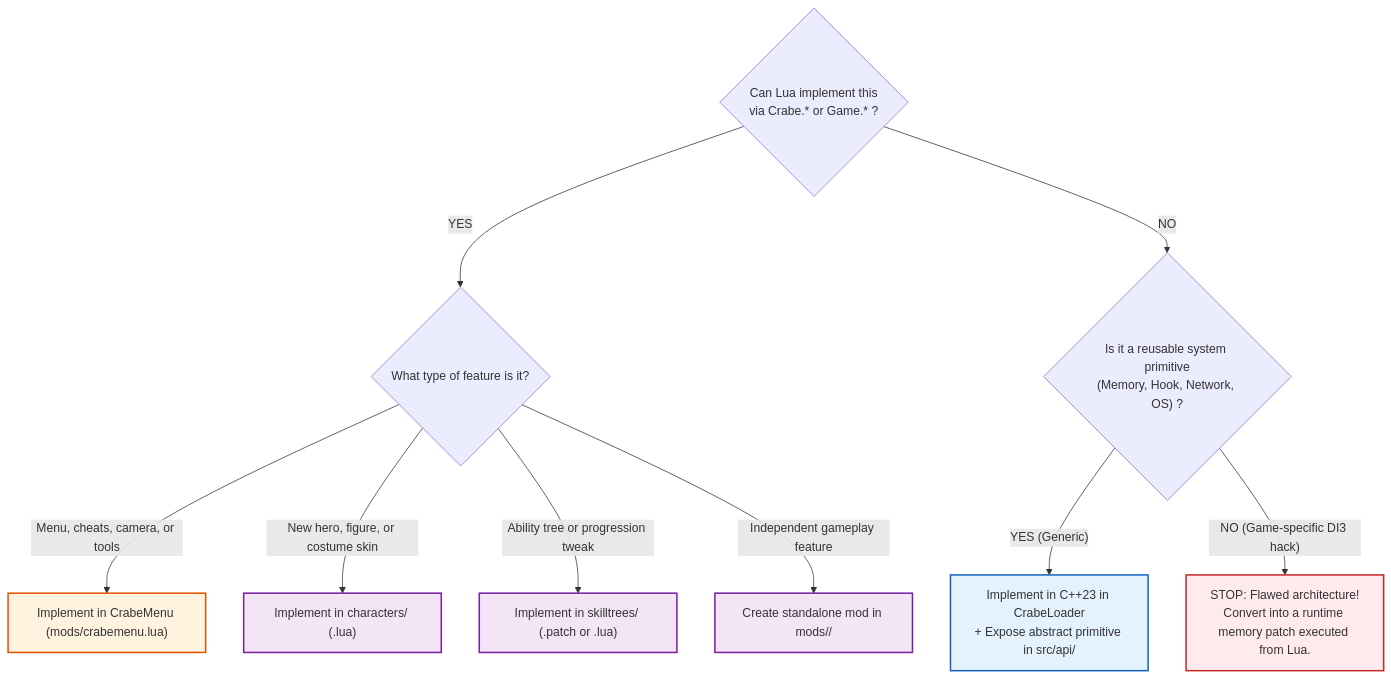
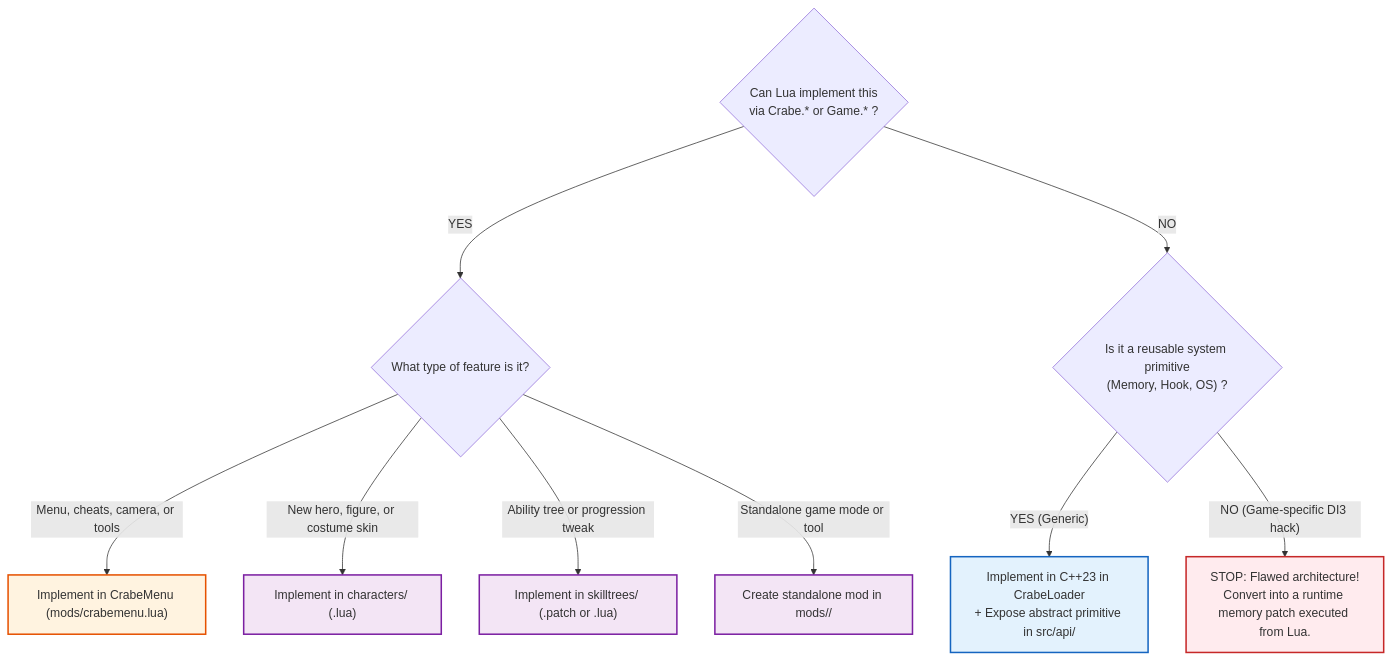
One commit to LucasLhomme/CrabeLoader changed the second of 2 diagrams in docs/ARCHITECTURE_BLUEPRINT.md. Above: the diagram before and after it, drawn with Mermaid. The commit also changed other lines of this file and 6 other files, not shown here.

````diff
--- a/docs/ARCHITECTURE_BLUEPRINT.md
+++ b/docs/ARCHITECTURE_BLUEPRINT.md
@@ -150,22 +130,22 @@
 ```mermaid
 flowchart TD
     Q1{"Can Lua implement this<br/>via Crabe.* or Game.* ?"}
-  
+    
     Q1 -->|"YES"| Q2{"What type of feature is it?"}
-    Q1 -->|"NO"| Q3{"Is it a reusable system primitive<br/>(Memory, Hook, Network, OS) ?"}
+    Q1 -->|"NO"| Q3{"Is it a reusable system primitive<br/>(Memory, Hook, OS) ?"}
 
     Q2 -->|"Menu, cheats, camera, or tools"| DEST_CRABEMENU["Implement in CrabeMenu (mods/crabemenu.lua)"]
     Q2 -->|"New hero, figure, or costume skin"| DEST_CHAR["Implement in characters/ (.lua)"]
     Q2 -->|"Ability tree or progression tweak"| DEST_SKILL["Implement in skilltrees/ (.patch or .lua)"]
-    Q2 -->|"Independent gameplay feature"| DEST_MOD["Create standalone mod in mods/<mod_name>/"]
+    Q2 -->|"Standalone game mode or tool"| DEST_MOD["Create standalone mod in mods/<mod_name>/"]
 
     Q3 -->|"YES (Generic)"| DEST_CPP["Implement in C++23 in CrabeLoader<br/>+ Expose abstract primitive in src/api/"]
     Q3 -->|"NO (Game-specific DI3 hack)"| STOP["STOP: Flawed architecture!<br/>Convert into a runtime memory patch executed from Lua."]
 
     style DEST_CRABEMENU fill:#fff3e0,stroke:#e65100,stroke-width:2px;
     style DEST_CHAR fill:#f3e5f5,stroke:#7b1fa2,stroke-width:2px;
     style DEST_SKILL fill:#f3e5f5,stroke:#7b1fa2,stroke-width:2px;
     style DEST_MOD fill:#f3e5f5,stroke:#7b1fa2,stroke-width:2px;
     style DEST_CPP fill:#e3f2fd,stroke:#1565c0,stroke-width:2px;
     style STOP fill:#ffebee,stroke:#c62828,stroke-width:2px;
 ```
````
